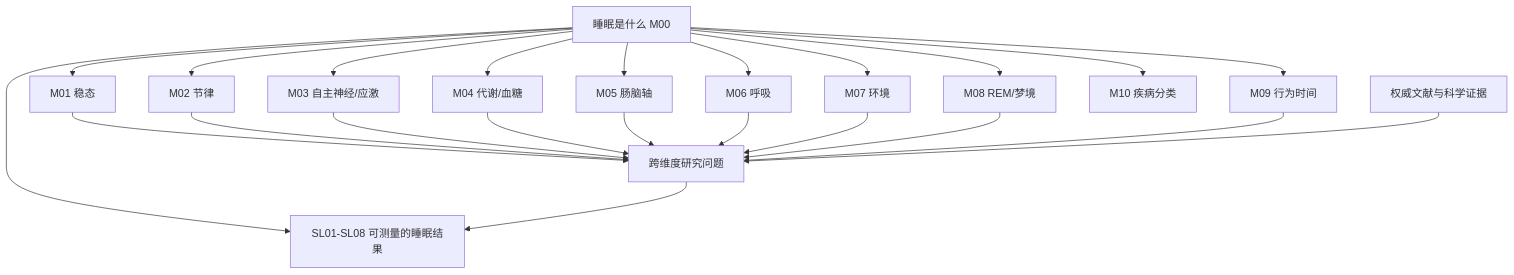
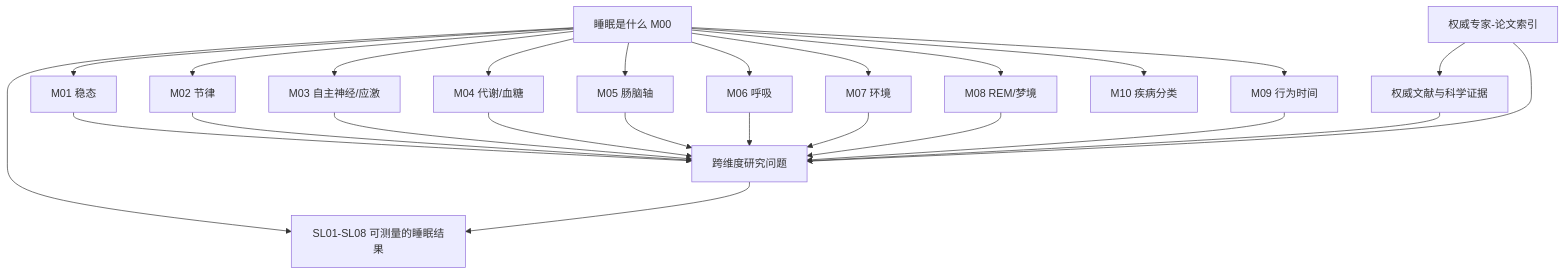
One commit to fweiger/AI_book changed the diagram in topics/sleep-science-open-research/knowledge-map.md. Above: the diagram before and after it, drawn with Mermaid. The commit also changed other lines of this file and 15 other files, not shown here.

````diff
--- a/topics/sleep-science-open-research/knowledge-map.md
+++ b/topics/sleep-science-open-research/knowledge-map.md
@@ -3,25 +3,27 @@
 ```mermaid
 flowchart TB
     A[睡眠是什么 M00] --> R[SL01-SL08 可测量的睡眠结果]
     A --> B[M01 稳态]
     A --> C[M02 节律]
     A --> D[M03 自主神经/应激]
     A --> E[M04 代谢/血糖]
     A --> F[M05 肠脑轴]
     A --> G[M06 呼吸]
     A --> H[M07 环境]
     A --> I[M08 REM/梦境]
     A --> J[M09 行为时间]
     A --> K[M10 疾病分类]
     B --> Q[跨维度研究问题]
     C --> Q
     D --> Q
     E --> Q
     F --> Q
     G --> Q
     H --> Q
     I --> Q
     J --> Q
     Q --> R
     L[权威文献与科学证据] --> Q
+    EXP[权威专家-论文索引] --> L
+    EXP --> Q
 ```
````
